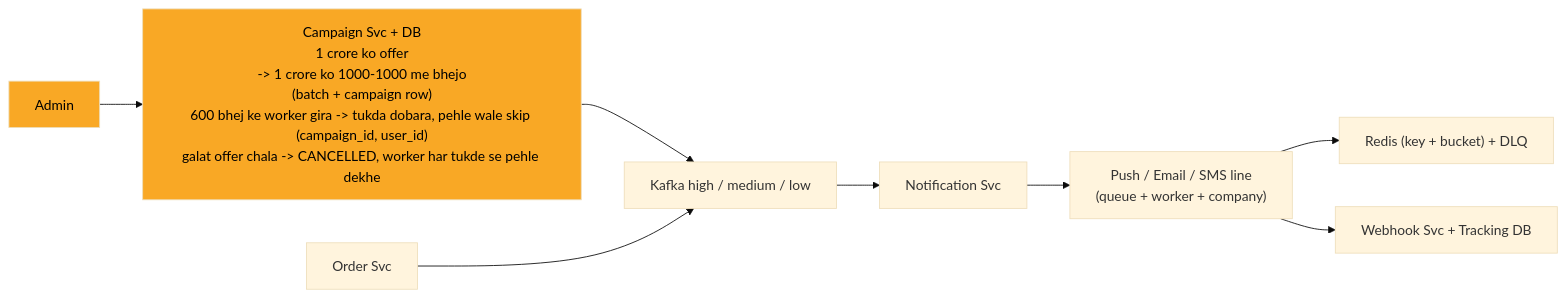
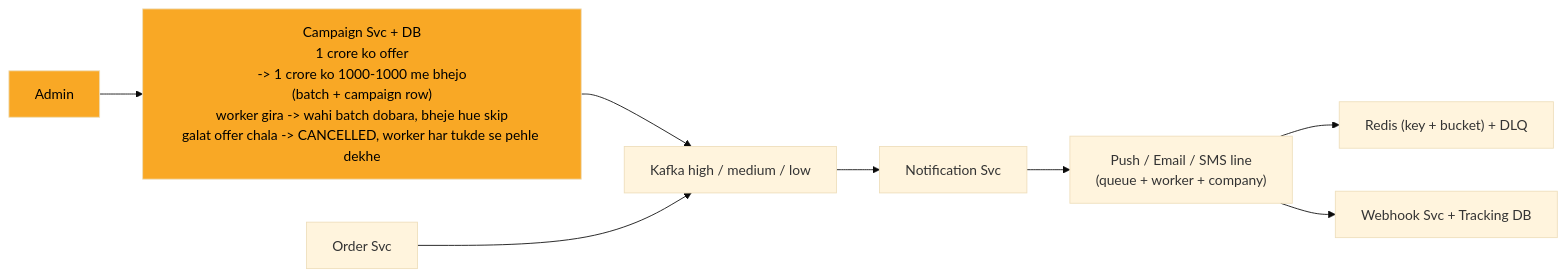
Diagram 11 of 13 in 04_HLD/SYSTEM_DESIGNS/04_notification_system/04_notification_system.md (ArpanMaheshwari144/Prep), drawn with Mermaid (base theme) before and after one commit. The commit also changed other lines of this file and 13 other files, not shown here.

````diff
--- a/04_HLD/SYSTEM_DESIGNS/04_notification_system/04_notification_system.md
+++ b/04_HLD/SYSTEM_DESIGNS/04_notification_system/04_notification_system.md
@@ -443,21 +443,21 @@
 ```mermaid
 %%{init: {"flowchart": {"wrappingWidth": 450}}}%%
 flowchart LR
     n_Admin["Admin"]
-    n_CAMP["Campaign Svc + DB<br/>1 crore ko offer<br/>-> 1 crore ko 1000-1000 me bhejo<br/>(batch + campaign row)<br/>600 bhej ke worker gira -> tukda dobara, pehle wale skip (campaign_id, user_id)<br/>galat offer chala -> CANCELLED, worker har tukde se pehle dekhe"]
+    n_CAMP["Campaign Svc + DB<br/>1 crore ko offer<br/>-> 1 crore ko 1000-1000 me bhejo<br/>(batch + campaign row)<br/>worker gira -> wahi batch dobara, bheje hue skip<br/>galat offer chala -> CANCELLED, worker har tukde se pehle dekhe"]
     n_Order_Svc["Order Svc"]
     n_Kafka["Kafka high / medium / low"]
     n_Notification_Svc["Notification Svc"]
     n_LINES["Push / Email / SMS line<br/>(queue + worker + company)"]
     n_RDLQ["Redis (key + bucket) + DLQ"]
     n_WH["Webhook Svc + Tracking DB"]
     n_Admin --> n_CAMP
     n_CAMP --> n_Kafka
     n_Order_Svc --> n_Kafka
     n_Kafka --> n_Notification_Svc
     n_Notification_Svc --> n_LINES
     n_LINES --> n_RDLQ
     n_LINES --> n_WH
     style n_Admin fill:#f9a825,color:#000
     style n_CAMP fill:#f9a825,color:#000
 ```
````
